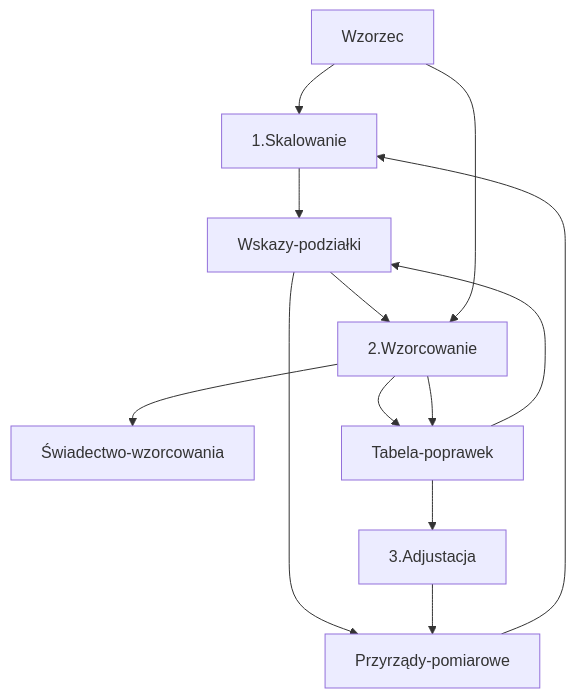
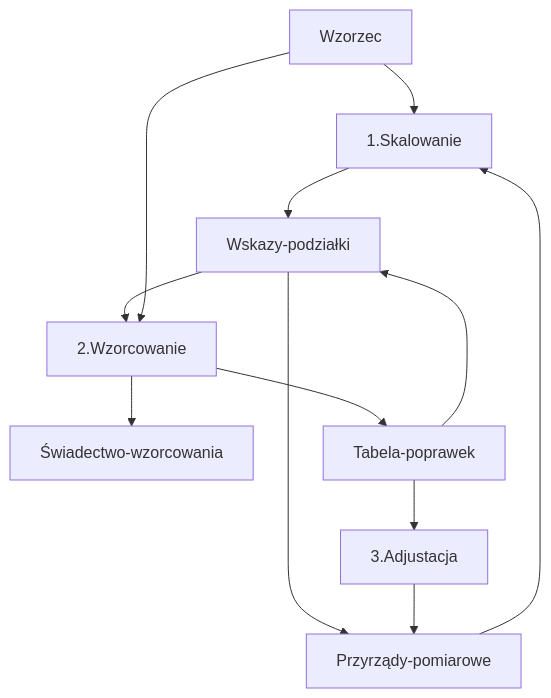
One commit to xederro/Studia changed the second of 2 diagrams in Notatki/Miernictwo w informatyce i telekomunikacji/Wykłady/04.10.2022r..md. Above: the diagram before and after it, drawn with Mermaid. The commit also changed 1 other file, not shown here.

Commit message:
vault backup: 2022-10-05 20:49:56
Affected files:
.obsidian/workspace
Notatki/Miernictwo w informatyce i telekomunikacji/Wykłady/04.10.2022r..md

````diff
--- a/Notatki/Miernictwo w informatyce i telekomunikacji/Wykłady/04.10.2022r..md
+++ b/Notatki/Miernictwo w informatyce i telekomunikacji/Wykłady/04.10.2022r..md
@@ -126,15 +126,10 @@
 ```mermaid
 graph TD;
- 1.Skalowanie --> Wskazy-podziałki;
- Wskazy-podziałki --> Przyrządy-pomiarowe;
- Przyrządy-pomiarowe --> 1.Skalowanie;
- Wskazy-podziałki --> 2.Wzorcowanie;
- 2.Wzorcowanie --> Świadectwo-wzorcowania;
- 2.Wzorcowanie --> Tabela-poprawek;
- Wzorzec --> 1.Skalowanie;
- Wzorzec --> 2.Wzorcowanie;
- 2.Wzorcowanie --> Tabela-poprawek;
- Tabela-poprawek --> Wskazy-podziałki;
- Tabela-poprawek --> 3.Adjustacja;
- 3.Adjustacja --> Przyrządy-pomiarowe;
+ 1.Skalowanie --> Wskazy-podziałki
+ Wskazy-podziałki --> Przyrządy-pomiarowe & 2.Wzorcowanie
+ Przyrządy-pomiarowe --> 1.Skalowanie
+ 2.Wzorcowanie --> Świadectwo-wzorcowania & Tabela-poprawek
+ Wzorzec --> 1.Skalowanie & 2.Wzorcowanie
+ Tabela-poprawek --> Wskazy-podziałki & 3.Adjustacja
+ 3.Adjustacja --> Przyrządy-pomiarowe
 ```
````
